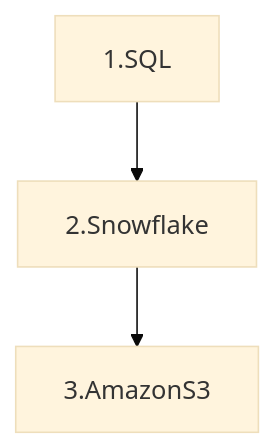
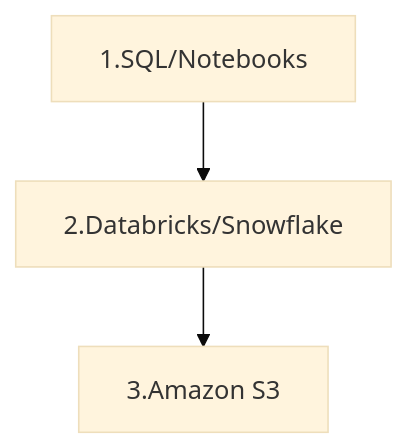
Before and after one commit to fhdsl/intro_to_sql: the fourth of 4 diagrams in concepts.qmd, drawn with Mermaid (base theme). The commit also changed other lines of this file and 1 other file, not shown here.

````diff
--- a/concepts.qmd
+++ b/concepts.qmd
@@ -48,6 +50,6 @@
 ```{mermaid}
 graph TD
-A["1.SQL"] --> B
-B["2.Snowflake"] --> C
-C["3.AmazonS3"]
+A["1.SQL/Notebooks"] --> B
+B["2.Databricks/Snowflake"] --> C
+C["3.Amazon S3"]
 ```
````
